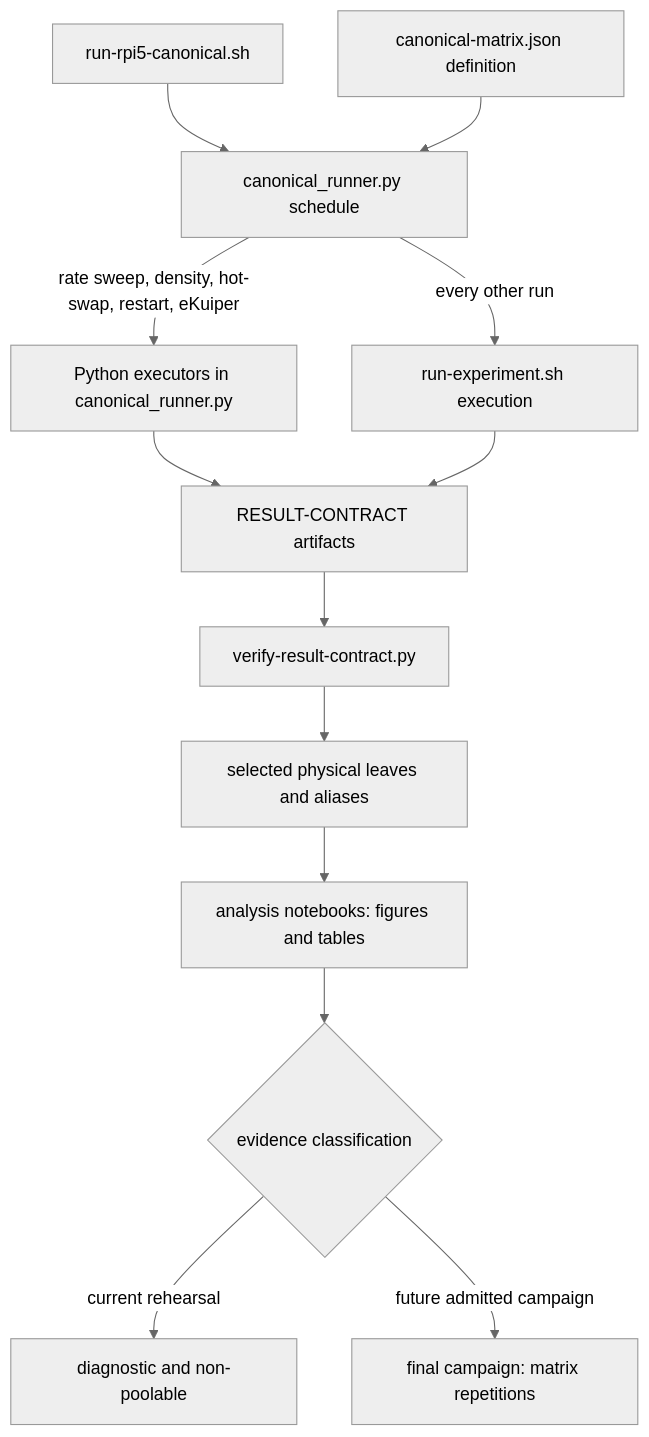
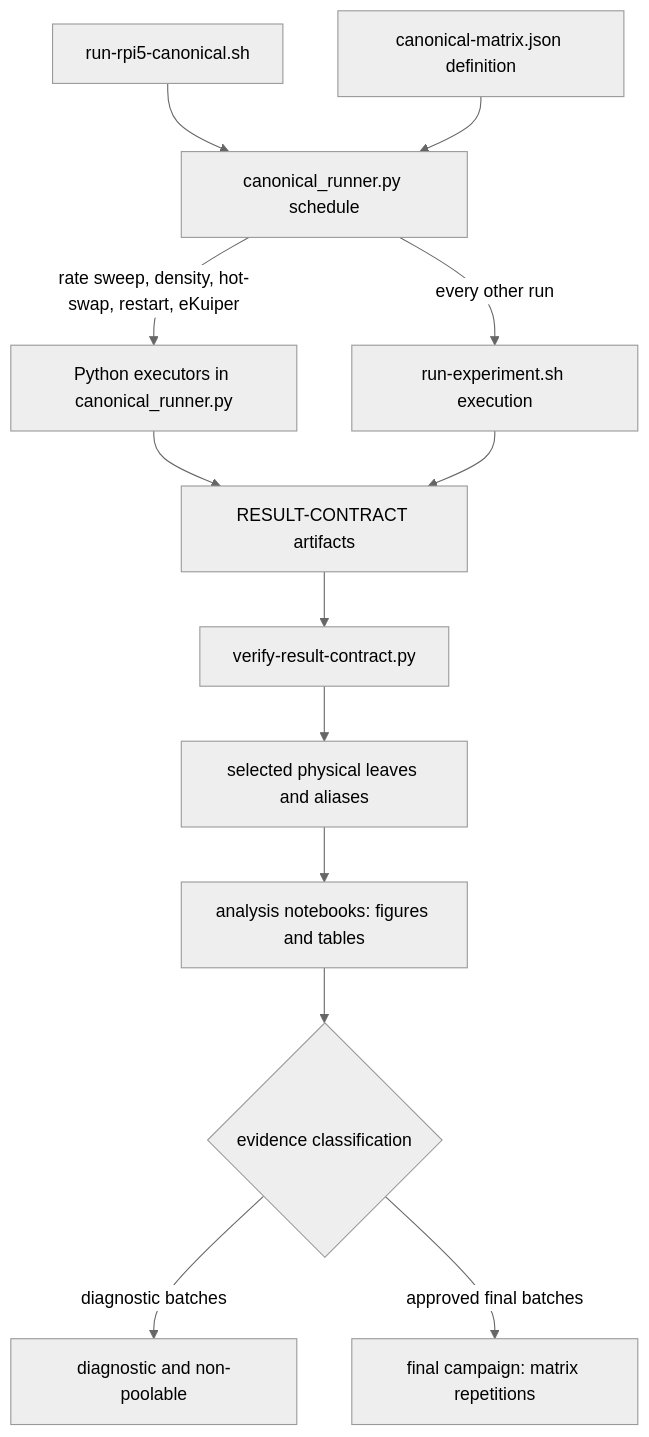
One commit to PedroKlein/wafer changed the diagram in docs/learn/evaluation-harness.md. Above: the diagram before and after it, drawn with Mermaid (neutral theme). The commit also changed other lines of this file and 4 other files, not shown here.

Commit message:
docs: clear the remaining pending lines for the final batches

````diff
--- a/docs/learn/evaluation-harness.md
+++ b/docs/learn/evaluation-harness.md
@@ -17,15 +17,15 @@
 ```mermaid
 flowchart TD
     S[run-rpi5-canonical.sh] --> B[canonical_runner.py schedule]
     A[canonical-matrix.json definition] --> B
     B -->|rate sweep, density, hot-swap, restart, eKuiper| P[Python executors in canonical_runner.py]
     B -->|every other run| C[run-experiment.sh execution]
     P --> D[RESULT-CONTRACT artifacts]
     C --> D
     D --> E[verify-result-contract.py]
     E --> F[selected physical leaves and aliases]
     F --> H[analysis notebooks: figures and tables]
     H --> I{evidence classification}
-    I -->|current rehearsal| J[diagnostic and non-poolable]
-    I -->|future admitted campaign| K[final campaign: matrix repetitions]
+    I -->|diagnostic batches| J[diagnostic and non-poolable]
+    I -->|approved final batches| K[final campaign: matrix repetitions]
 ```
````
